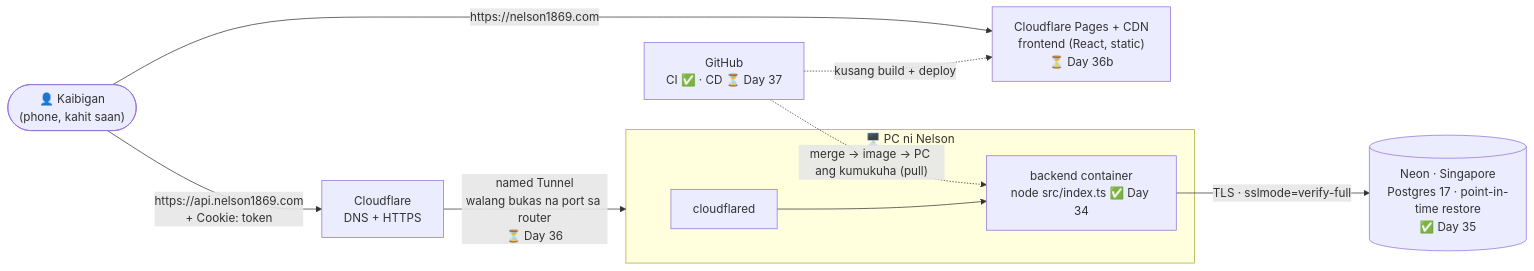
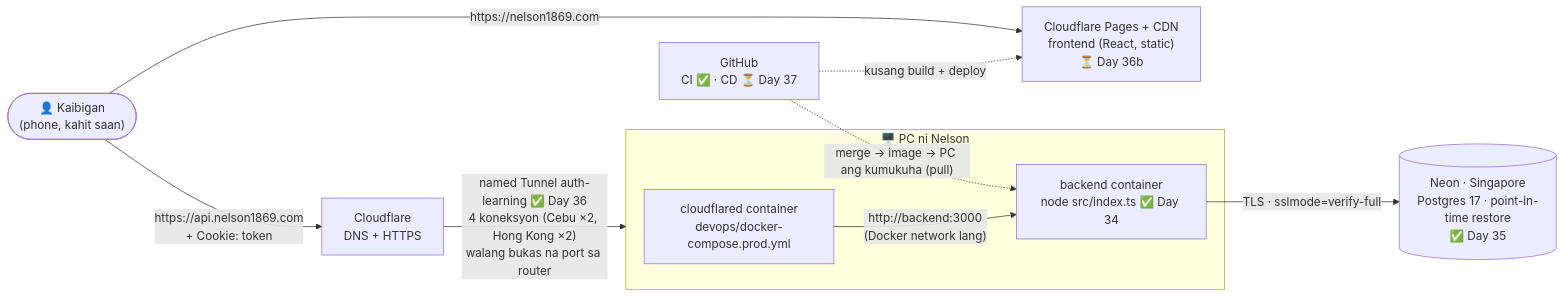
One commit to nelson1869-ai/auth-learning changed the third of 3 diagrams in docs/diagrams/00-architecture.md. Above: the diagram before and after it, drawn with Mermaid. The commit also changed other lines of this file and 6 other files, not shown here.

First line of the commit message:
feat(devops): put the backend online via a named Cloudflare Tunnel

````diff
--- a/docs/diagrams/00-architecture.md
+++ b/docs/diagrams/00-architecture.md
@@ -83,12 +84,12 @@
 ```mermaid
 flowchart LR
     User(["👤 Kaibigan<br/>(phone, kahit saan)"]) -->|"https://nelson1869.com"| Pages["Cloudflare Pages + CDN<br/>frontend (React, static)<br/>⏳ Day 36b"]
     User -->|"https://api.nelson1869.com<br/>+ Cookie: token"| Edge["Cloudflare<br/>DNS + HTTPS"]
-    Edge -->|"named Tunnel<br/>walang bukas na port sa router<br/>⏳ Day 36"| PC
+    Edge -->|"named Tunnel auth-learning ✅ Day 36<br/>4 koneksyon (Cebu ×2, Hong Kong ×2)<br/>walang bukas na port sa router"| PC
     subgraph PC["🖥️ PC ni Nelson"]
-        CFD["cloudflared"] --> BE["backend container<br/>node src/index.ts ✅ Day 34"]
+        CFD["cloudflared container<br/>devops/docker-compose.prod.yml"] -->|"http://backend:3000<br/>(Docker network lang)"| BE["backend container<br/>node src/index.ts ✅ Day 34"]
     end
     BE -->|"TLS · sslmode=verify-full"| Neon[("Neon · Singapore<br/>Postgres 17 · point-in-time restore<br/>✅ Day 35")]
     GH["GitHub<br/>CI ✅ · CD ⏳ Day 37"] -.->|"merge → image → PC ang kumukuha (pull)"| BE
     GH -.->|"kusang build + deploy"| Pages
 ```
````
